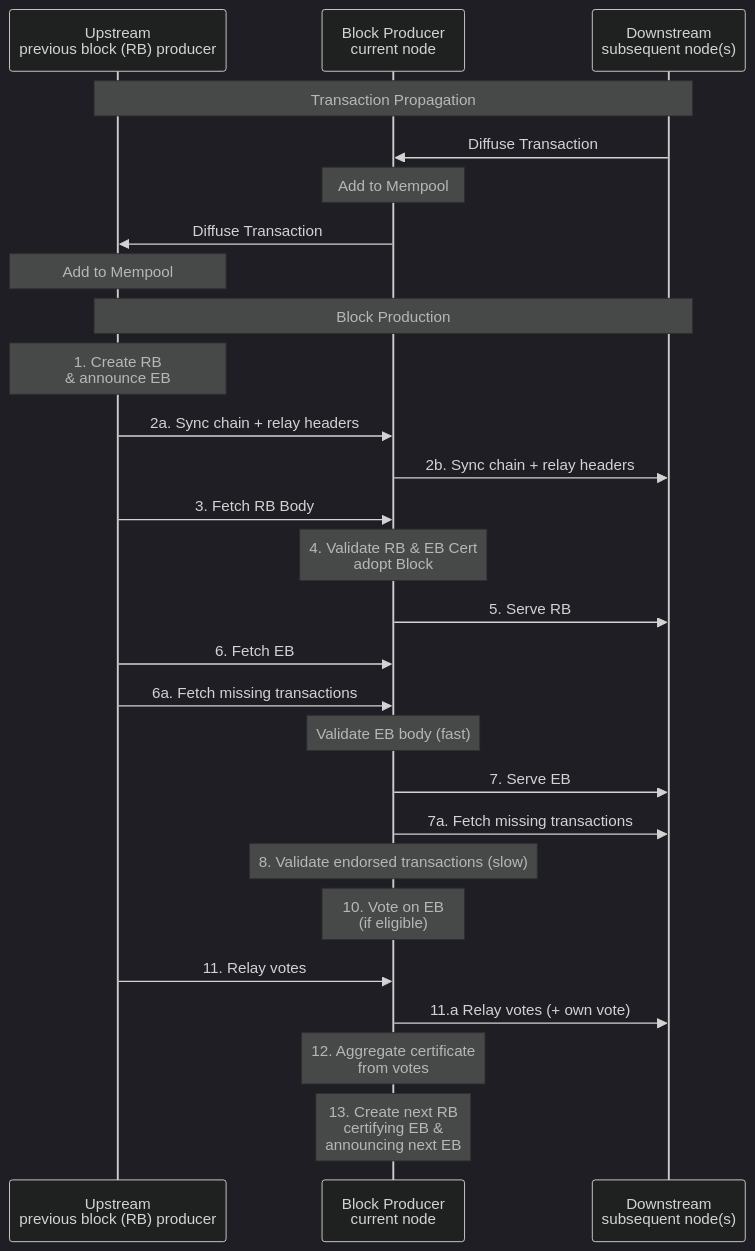
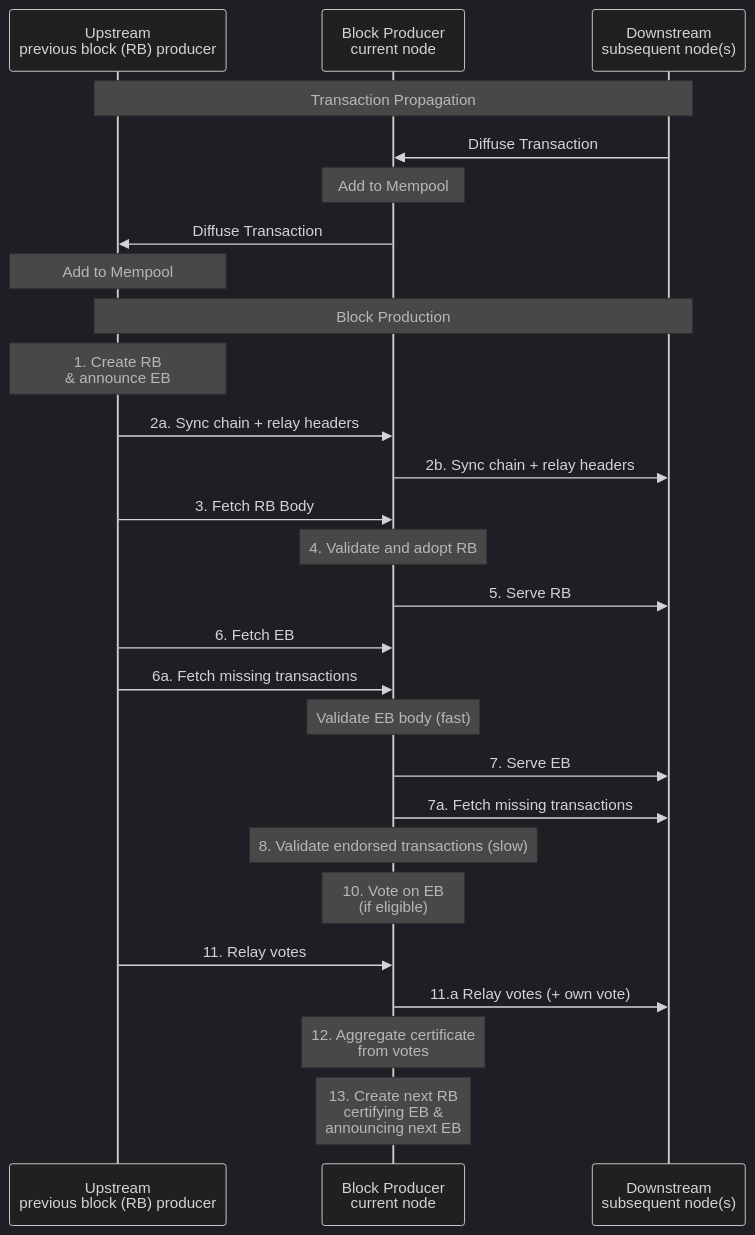
Before and after one commit to input-output-hk/ouroboros-leios: the diagram in docs/cip/README.md, drawn with Mermaid (dark theme). The commit also changed other lines of this file, not shown here.

````diff
--- a/docs/cip/README.md
+++ b/docs/cip/README.md
@@ -493,38 +493,38 @@
 ```mermaid
 sequenceDiagram
     participant U as Upstream<br/>previous block (RB) producer
     participant BP as Block Producer<br/>current node  
     participant D as Downstream<br/>subsequent node(s)
 
     Note over U,D: Transaction Propagation
     D->>BP: Diffuse Transaction
     Note over BP: Add to Mempool
     BP->>U: Diffuse Transaction
     Note over U: Add to Mempool
 
     Note over U,D: Block Production
 
     Note over U: 1. Create RB<br/>& announce EB
     
     U->>BP: 2a. Sync chain + relay headers
     BP->>D: 2b. Sync chain + relay headers
     
     U->>BP: 3. Fetch RB Body
 
-    Note over BP: 4. Validate RB & EB Cert<br/>adopt Block
+    Note over BP: 4. Validate and adopt RB
     BP->>D: 5. Serve RB
     
     U->>BP: 6. Fetch EB
     U->>BP: 6a. Fetch missing transactions
     Note over BP: Validate EB body (fast)
     BP->>D: 7. Serve EB
     BP->>D: 7a. Fetch missing transactions
     Note over BP: 8. Validate endorsed transactions (slow)
     
     Note over BP: 10. Vote on EB<br />(if eligible)
     U->>BP: 11. Relay votes
     BP->>D: 11.a Relay votes (+ own vote)
     
     Note over BP: 12. Aggregate certificate<br/>from votes  
     Note over BP: 13. Create next RB<br />certifying EB &<br />announcing next EB
 ```
````
